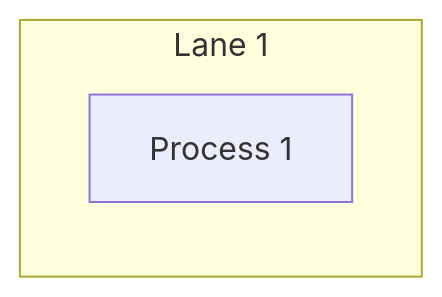
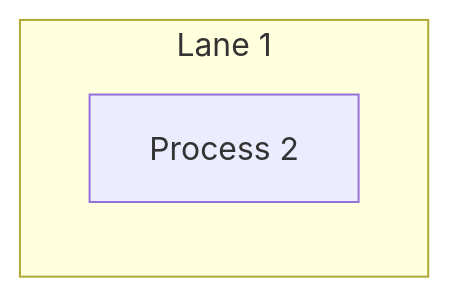
The diagram in notes/123_9b882ae4-c4df-432b-9e50-9fb05b2c95e5.md (pingpm/mermaid_vault), drawn with Mermaid before and after one commit. The commit also changed 2 other files, not shown here.

Commit message:
Sync Mermaid Studio data (14 diagrams)

````diff
--- a/notes/123_9b882ae4-c4df-432b-9e50-9fb05b2c95e5.md
+++ b/notes/123_9b882ae4-c4df-432b-9e50-9fb05b2c95e5.md
@@ -3,8 +3,8 @@
 ```mermaid
 flowchart LR
   subgraph lane_0["Lane 1"]
-    t_0["Process 1"]
-    %% [tag:new] 新增
+    t_0["Process 2"]
+    %% [tag:existing] 已有
   end
 
 ```
````
